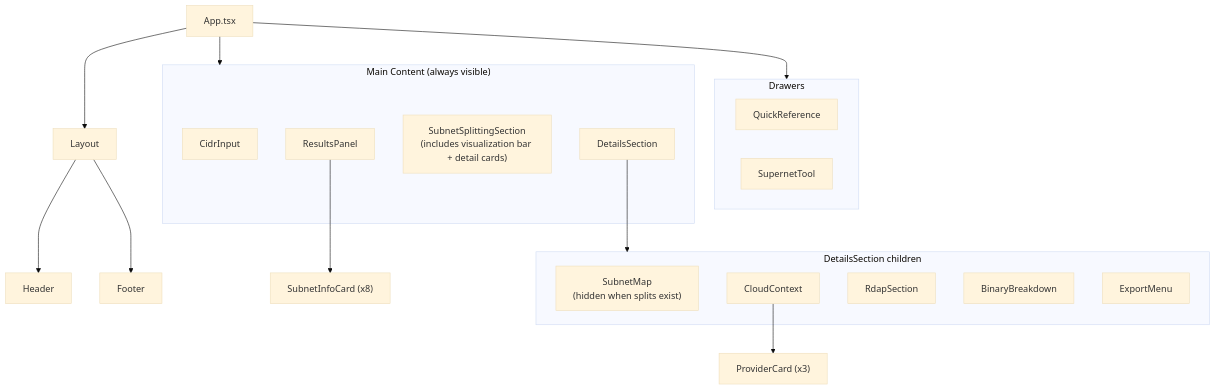
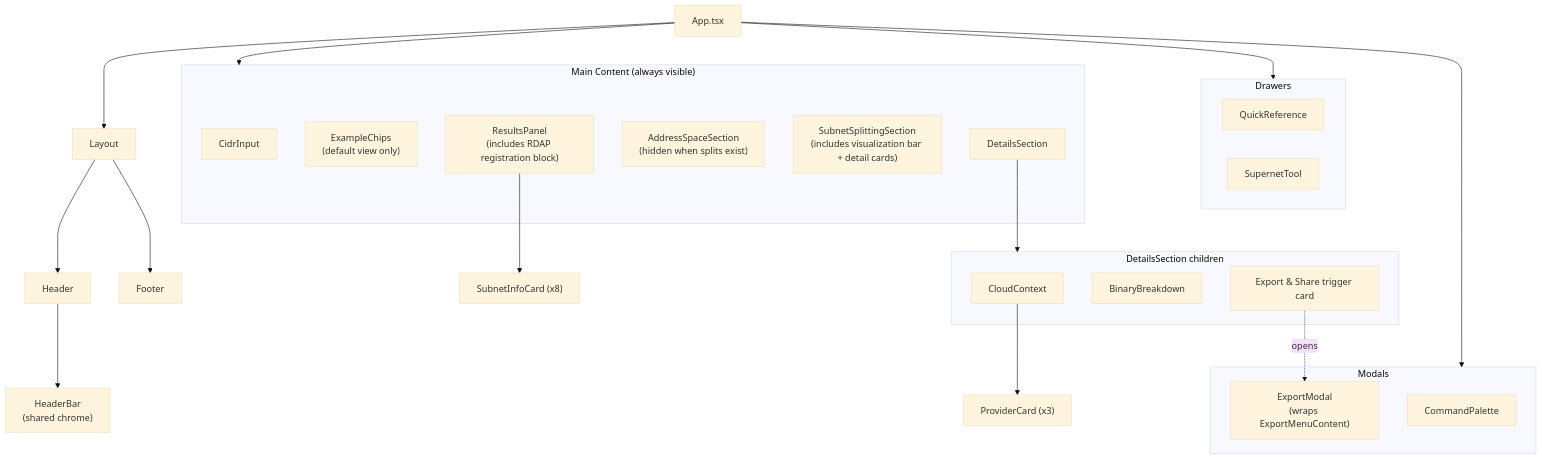
Before and after one commit to russmckendrick/subnet: the fourth of 5 diagrams in docs/architecture.md, drawn with Mermaid (base theme). The commit also changed other lines of this file and 77 other files, not shown here.

````diff
--- a/docs/architecture.md
+++ b/docs/architecture.md
@@ -121,38 +123,47 @@
 ```mermaid
 flowchart TD
     App["App.tsx"]
     Layout["Layout"]
     Header["Header"]
+    HeaderBar["HeaderBar<br/>(shared chrome)"]
     Footer["Footer"]
 
     App --> Layout
     Layout --> Header
+    Header --> HeaderBar
     Layout --> Footer
 
     subgraph MainContent["Main Content (always visible)"]
         CidrInput["CidrInput"]
-        ResultsPanel["ResultsPanel"]
+        ExampleChips["ExampleChips<br/>(default view only)"]
+        ResultsPanel["ResultsPanel<br/>(includes RDAP registration block)"]
+        AddressSpace["AddressSpaceSection<br/>(hidden when splits exist)"]
         SubnetSplitting["SubnetSplittingSection<br/>(includes visualization bar + detail cards)"]
         DetailsSection["DetailsSection"]
     end
 
     subgraph DetailsSub["DetailsSection children"]
-        SubnetMap["SubnetMap<br/>(hidden when splits exist)"]
         CloudContext["CloudContext"]
-        RdapSection["RdapSection"]
         BinaryBreakdown["BinaryBreakdown"]
-        ExportMenu["ExportMenu"]
+        ExportTrigger["Export & Share trigger card"]
     end
 
     subgraph Drawers["Drawers"]
         QuickReference["QuickReference"]
         SupernetTool["SupernetTool"]
     end
 
+    subgraph Modals["Modals"]
+        CommandPalette["CommandPalette"]
+        ExportModal["ExportModal<br/>(wraps ExportMenuContent)"]
+    end
+
     App --> MainContent
     App --> Drawers
+    App --> Modals
     DetailsSection --> DetailsSub
+    ExportTrigger -.->|opens| ExportModal
 
     CloudContext --> ProviderCard["ProviderCard (x3)"]
     ResultsPanel --> SubnetInfoCard["SubnetInfoCard (x8)"]
 ```
````
